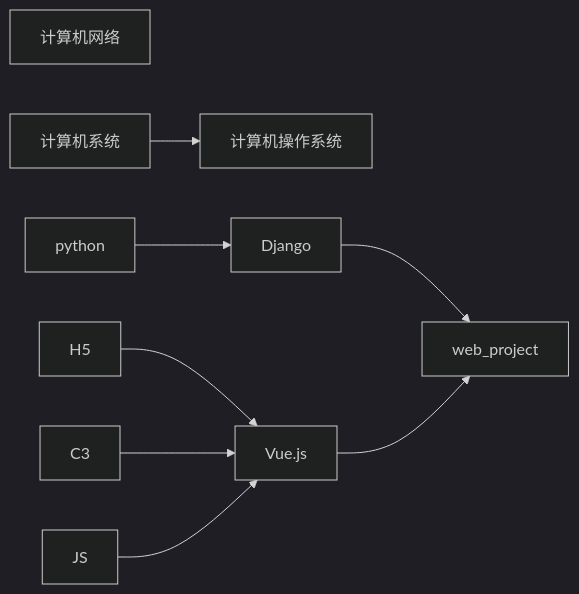
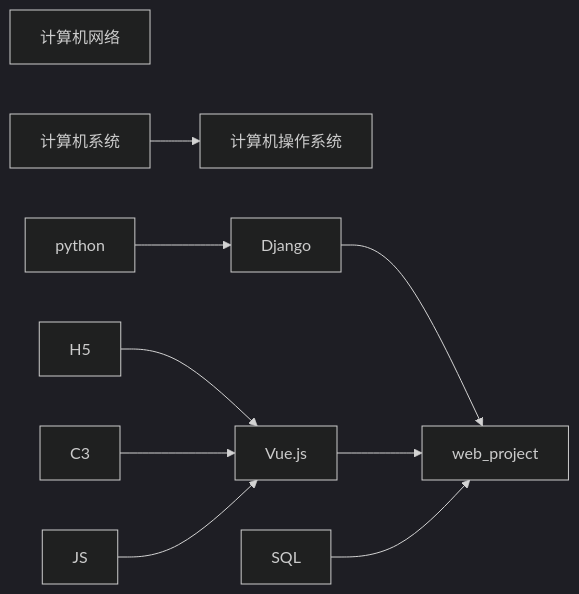
The diagram in index.md (Real-king-Ph/rkNote), drawn with Mermaid (dark theme) before and after one commit. The commit also changed other lines of this file, not shown here.

````diff
--- a/index.md
+++ b/index.md
@@ -17,8 +17,9 @@
 ```mermaid
 flowchart LR
 计算机网络
 计算机系统 --> 计算机操作系统
 python --> Django
 H5 & C3 & JS --> Vue.js
-Django & Vue.js --> web_project
+Django & Vue.js & SQL--> web_project
+
 ```
````
